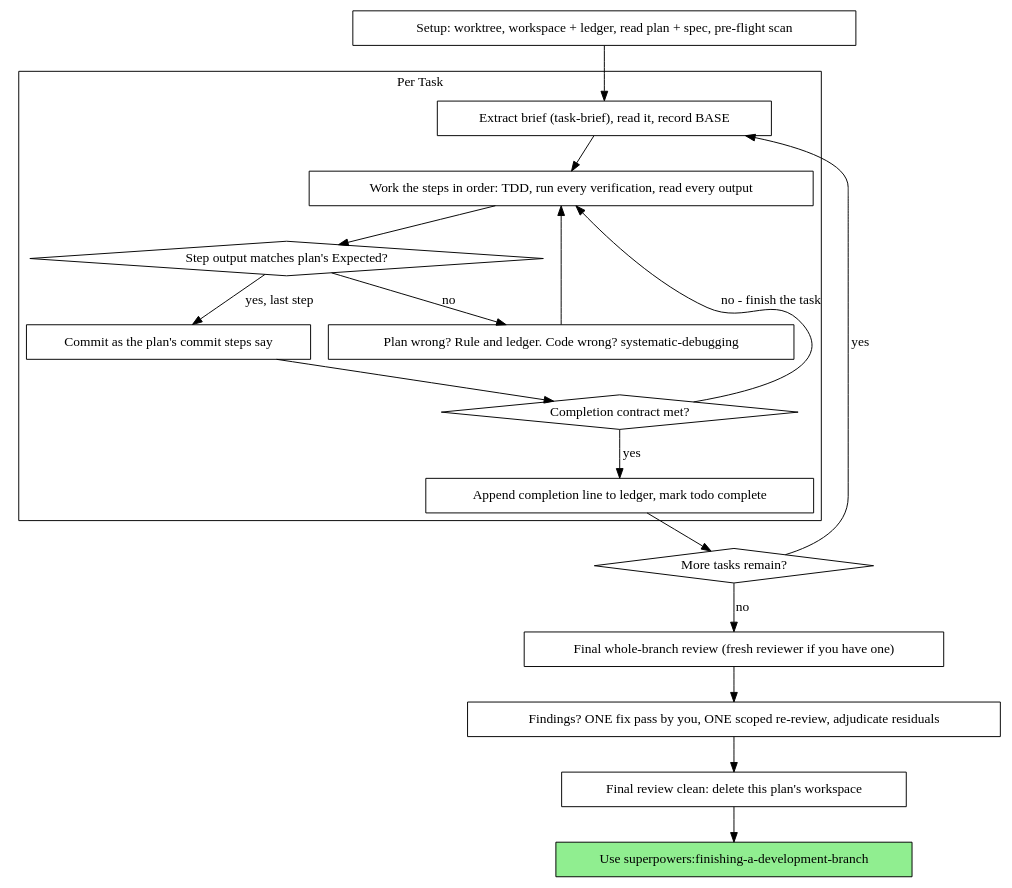
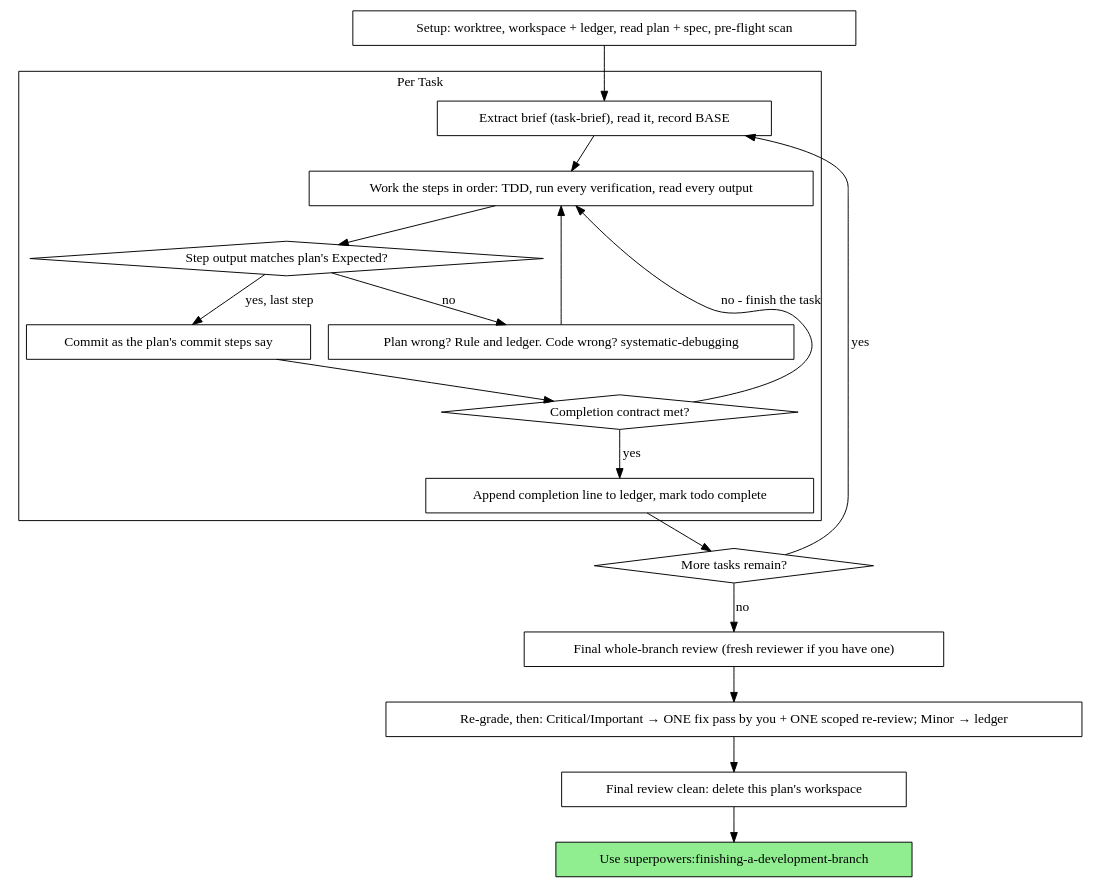
The diagram in skills/executing-plans/SKILL.md (obra/superpowers), drawn with Graphviz before and after one commit. The commit also changed other lines of this file, not shown here.

First line of the commit message:
executing-plans: load TDD at setup, re-grade and gate final findings, mid-tier re-review

````diff
--- a/skills/executing-plans/SKILL.md
+++ b/skills/executing-plans/SKILL.md
@@ -63,39 +63,39 @@
 ```dot
 digraph process {
     rankdir=TB;
 
     subgraph cluster_per_task {
         label="Per Task";
         "Extract brief (task-brief), read it, record BASE" [shape=box];
         "Work the steps in order: TDD, run every verification, read every output" [shape=box];
         "Step output matches plan's Expected?" [shape=diamond];
         "Plan wrong? Rule and ledger. Code wrong? systematic-debugging" [shape=box];
         "Commit as the plan's commit steps say" [shape=box];
         "Completion contract met?" [shape=diamond];
         "Append completion line to ledger, mark todo complete" [shape=box];
     }
 
     "Setup: worktree, workspace + ledger, read plan + spec, pre-flight scan" [shape=box];
     "More tasks remain?" [shape=diamond];
     "Final whole-branch review (fresh reviewer if you have one)" [shape=box];
-    "Findings? ONE fix pass by you, ONE scoped re-review, adjudicate residuals" [shape=box];
+    "Re-grade, then: Critical/Important → ONE fix pass by you + ONE scoped re-review; Minor → ledger" [shape=box];
     "Final review clean: delete this plan's workspace" [shape=box];
     "Use superpowers:finishing-a-development-branch" [shape=box style=filled fillcolor=lightgreen];
 
     "Setup: worktree, workspace + ledger, read plan + spec, pre-flight scan" -> "Extract brief (task-brief), read it, record BASE";
     "Extract brief (task-brief), read it, record BASE" -> "Work the steps in order: TDD, run every verification, read every output";
     "Work the steps in order: TDD, run every verification, read every output" -> "Step output matches plan's Expected?";
     "Step output matches plan's Expected?" -> "Plan wrong? Rule and ledger. Code wrong? systematic-debugging" [label="no"];
     "Plan wrong? Rule and ledger. Code wrong? systematic-debugging" -> "Work the steps in order: TDD, run every verification, read every output";
     "Step output matches plan's Expected?" -> "Commit as the plan's commit steps say" [label="yes, last step"];
     "Commit as the plan's commit steps say" -> "Completion contract met?";
     "Completion contract met?" -> "Work the steps in order: TDD, run every verification, read every output" [label="no - finish the task"];
     "Completion contract met?" -> "Append completion line to ledger, mark todo complete" [label="yes"];
     "Append completion line to ledger, mark todo complete" -> "More tasks remain?";
     "More tasks remain?" -> "Extract brief (task-brief), read it, record BASE" [label="yes"];
     "More tasks remain?" -> "Final whole-branch review (fresh reviewer if you have one)" [label="no"];
-    "Final whole-branch review (fresh reviewer if you have one)" -> "Findings? ONE fix pass by you, ONE scoped re-review, adjudicate residuals";
-    "Findings? ONE fix pass by you, ONE scoped re-review, adjudicate residuals" -> "Final review clean: delete this plan's workspace";
+    "Final whole-branch review (fresh reviewer if you have one)" -> "Re-grade, then: Critical/Important → ONE fix pass by you + ONE scoped re-review; Minor → ledger";
+    "Re-grade, then: Critical/Important → ONE fix pass by you + ONE scoped re-review; Minor → ledger" -> "Final review clean: delete this plan's workspace";
     "Final review clean: delete this plan's workspace" -> "Use superpowers:finishing-a-development-branch";
 }
 ```
````
